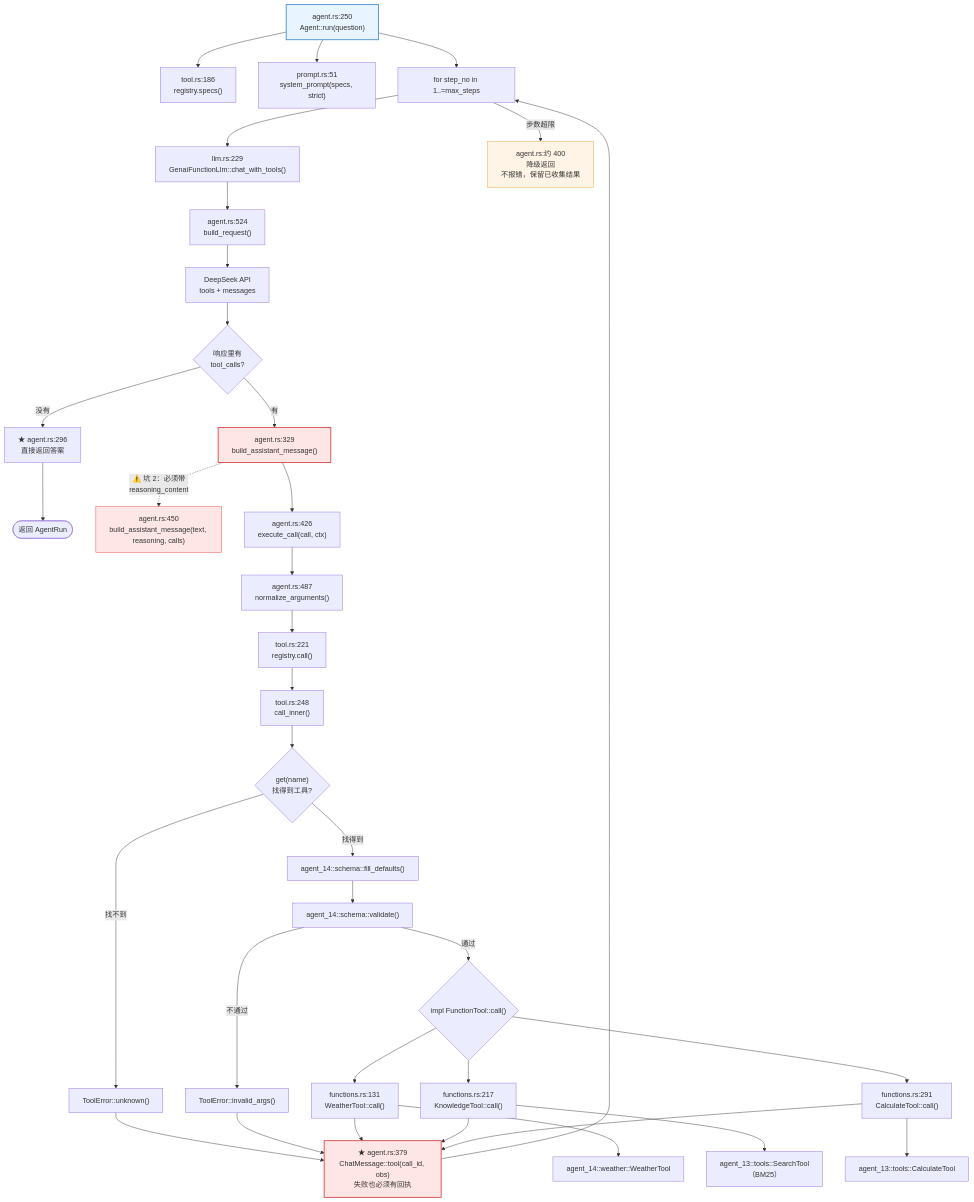
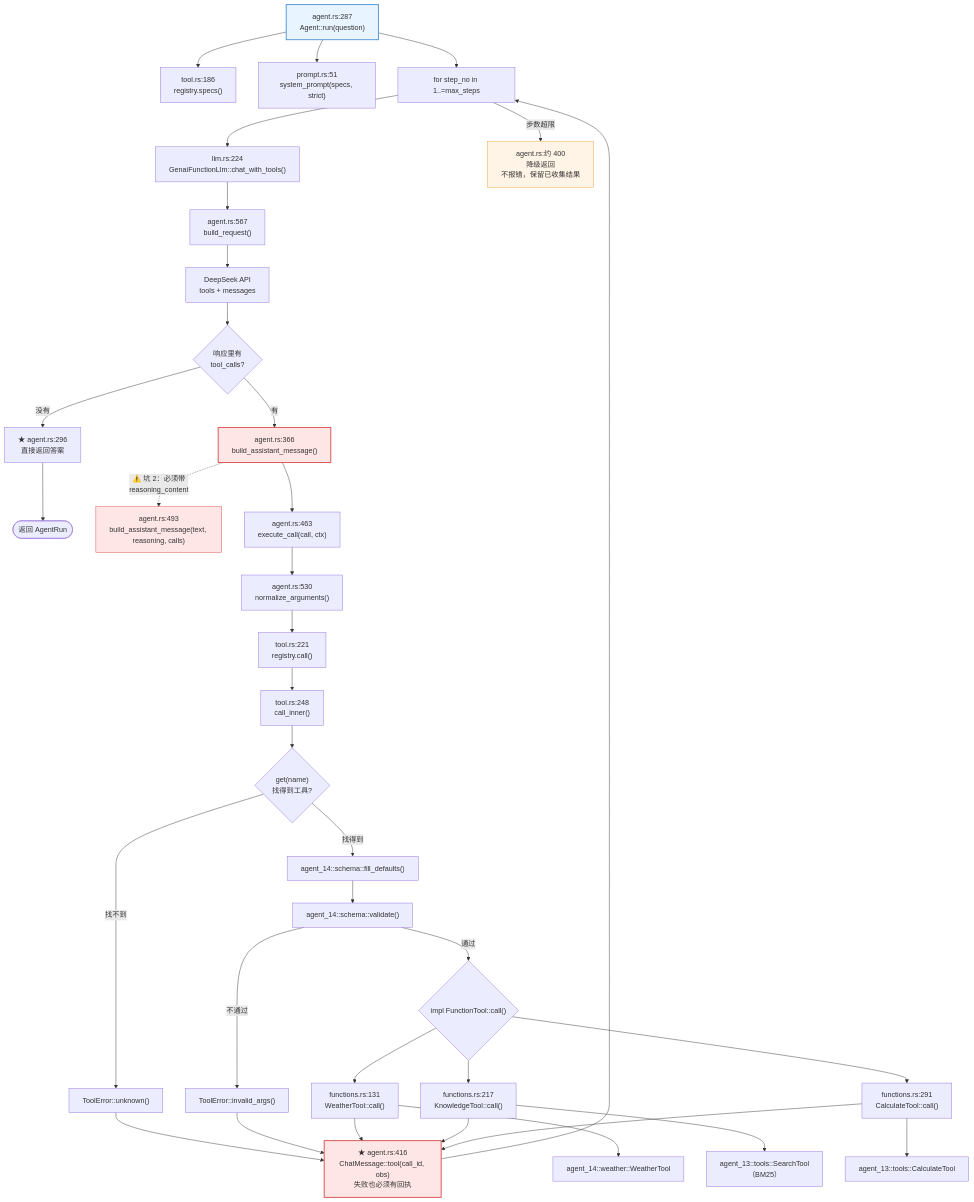
One commit to heheshang/agent-learn changed the fourth of 11 diagrams in 16-agent-function-calling/README.md. Above: the diagram before and after it, drawn with Mermaid. The commit also changed other lines of this file and 33 other files, not shown here.

````diff
--- a/16-agent-function-calling/README.md
+++ b/16-agent-function-calling/README.md
@@ -233,53 +237,53 @@
 ```mermaid
 flowchart TD
-    RUN["agent.rs:250<br/>Agent::run(question)"] --> SPECS["tool.rs:186<br/>registry.specs()"]
+    RUN["agent.rs:287<br/>Agent::run(question)"] --> SPECS["tool.rs:186<br/>registry.specs()"]
     RUN --> SYSP["prompt.rs:51<br/>system_prompt(specs, strict)"]
     RUN --> LOOP["for step_no in 1..=max_steps"]
 
-    LOOP --> CHAT["llm.rs:229<br/>GenaiFunctionLlm::chat_with_tools()"]
-    CHAT --> REQ["agent.rs:524<br/>build_request()"]
+    LOOP --> CHAT["llm.rs:224<br/>GenaiFunctionLlm::chat_with_tools()"]
+    CHAT --> REQ["agent.rs:567<br/>build_request()"]
     REQ --> API["DeepSeek API<br/>tools + messages"]
 
     API --> RESP{"响应里有<br/>tool_calls?"}
     RESP -->|"没有"| FINAL["★ agent.rs:296<br/>直接返回答案"]
     FINAL --> DONE(["返回 AgentRun"])
 
-    RESP -->|"有"| ASM["agent.rs:329<br/>build_assistant_message()"]
-    ASM -.->|"⚠️ 坑 2：必须带<br/>reasoning_content"| ASMDETAIL["agent.rs:450<br/>build_assistant_message(text, reasoning, calls)"]
+    RESP -->|"有"| ASM["agent.rs:366<br/>build_assistant_message()"]
+    ASM -.->|"⚠️ 坑 2：必须带<br/>reasoning_content"| ASMDETAIL["agent.rs:493<br/>build_assistant_message(text, reasoning, calls)"]
 
-    ASM --> EXEC["agent.rs:426<br/>execute_call(call, ctx)"]
-    EXEC --> NORM["agent.rs:487<br/>normalize_arguments()"]
+    ASM --> EXEC["agent.rs:463<br/>execute_call(call, ctx)"]
+    EXEC --> NORM["agent.rs:530<br/>normalize_arguments()"]
     NORM --> REGCALL["tool.rs:221<br/>registry.call()"]
 
     REGCALL --> INNER["tool.rs:248<br/>call_inner()"]
     INNER --> GET{"get(name)<br/>找得到工具?"}
     GET -->|"找不到"| ERR1["ToolError::unknown()"]
     GET -->|"找得到"| FILL["agent_14::schema::fill_defaults()"]
     FILL --> VALID["agent_14::schema::validate()"]
     VALID -->|"不通过"| ERR2["ToolError::invalid_args()"]
     VALID -->|"通过"| TOOLIMPL{"impl FunctionTool::call()"}
 
     TOOLIMPL --> W["functions.rs:131<br/>WeatherTool::call()"]
     TOOLIMPL --> K["functions.rs:217<br/>KnowledgeTool::call()"]
     TOOLIMPL --> C["functions.rs:291<br/>CalculateTool::call()"]
 
     W --> W14["agent_14::weather::WeatherTool"]
     K --> K13["agent_13::tools::SearchTool<br/>（BM25）"]
     C --> C13["agent_13::tools::CalculateTool"]
 
     ERR1 --> RECEIPT
     ERR2 --> RECEIPT
     W --> RECEIPT
     K --> RECEIPT
     C --> RECEIPT
 
-    RECEIPT["★ agent.rs:379<br/>ChatMessage::tool(call_id, obs)<br/>失败也必须有回执"]
+    RECEIPT["★ agent.rs:416<br/>ChatMessage::tool(call_id, obs)<br/>失败也必须有回执"]
     RECEIPT --> LOOP
     LOOP -->|"步数超限"| DEGRADE["agent.rs:约 400<br/>降级返回<br/>不报错，保留已收集结果"]
 
     style RUN fill:#e8f4ff,stroke:#4a90d9,stroke-width:2px
     style RECEIPT fill:#ffe6e6,stroke:#d94a4a,stroke-width:2px
     style ASM fill:#ffe6e6,stroke:#d94a4a,stroke-width:2px
     style ASMDETAIL fill:#ffe6e6,stroke:#d94a4a
     style DEGRADE fill:#fff4e6,stroke:#e8a33d
 ```
````
